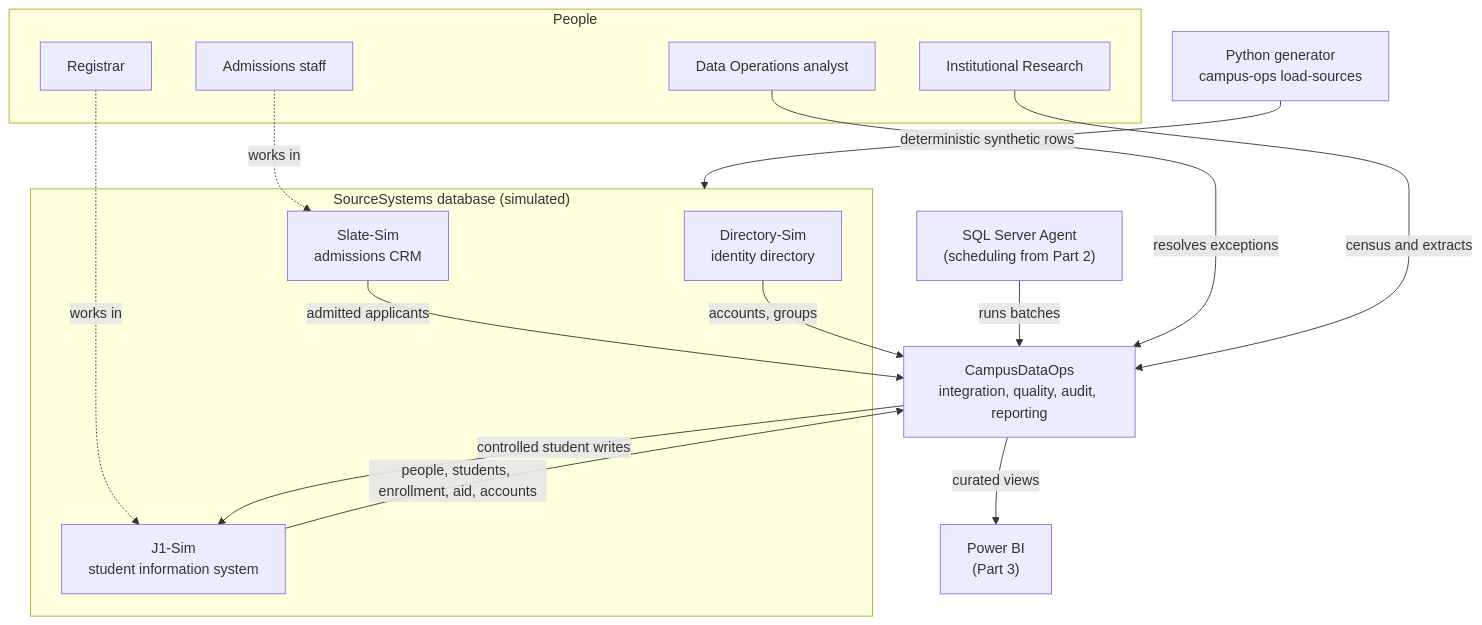
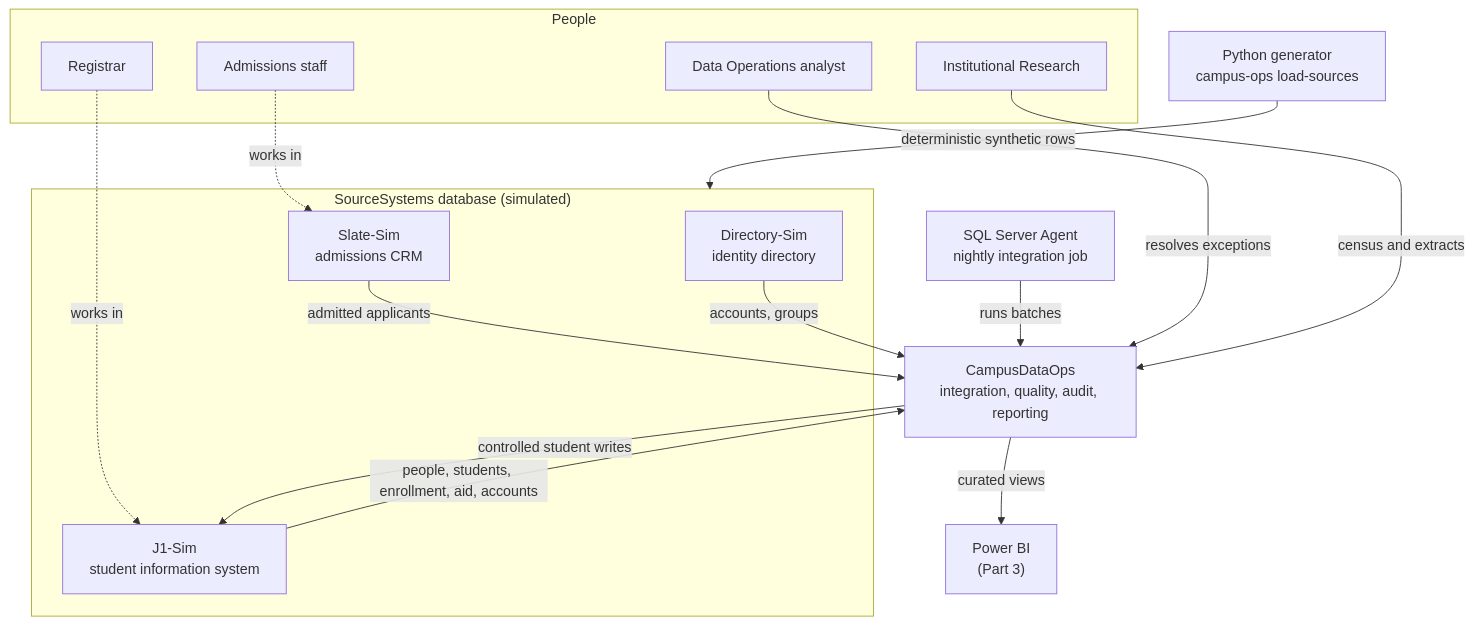
Before and after one commit to saiff7/campus-data-hub: the diagram in docs/architecture/system-context.md, drawn with Mermaid. The commit also changed other lines of this file and 9 other files, not shown here.

````diff
--- a/docs/architecture/system-context.md
+++ b/docs/architecture/system-context.md
@@ -9,32 +9,32 @@
 ```mermaid
 flowchart TB
     subgraph People
         ADM[Admissions staff]
         REG[Registrar]
         IR[Institutional Research]
         OPS[Data Operations analyst]
     end
 
     subgraph Sources["SourceSystems database (simulated)"]
         SLATE["Slate-Sim<br/>admissions CRM"]
         J1["J1-Sim<br/>student information system"]
         DIR["Directory-Sim<br/>identity directory"]
     end
 
     GEN["Python generator<br/>campus-ops load-sources"]
     HUB["CampusDataOps<br/>integration, quality, audit, reporting"]
-    AGENT["SQL Server Agent<br/>(scheduling from Part 2)"]
+    AGENT["SQL Server Agent<br/>nightly integration job"]
     PBI["Power BI<br/>(Part 3)"]
 
     GEN -->|deterministic synthetic rows| Sources
     ADM -.->|works in| SLATE
     REG -.->|works in| J1
     SLATE -->|admitted applicants| HUB
     J1 -->|people, students, enrollment, aid, accounts| HUB
     DIR -->|accounts, groups| HUB
     HUB -->|controlled student writes| J1
     AGENT -->|runs batches| HUB
     HUB -->|curated views| PBI
     OPS -->|resolves exceptions| HUB
     IR -->|census and extracts| HUB
 ```
````
